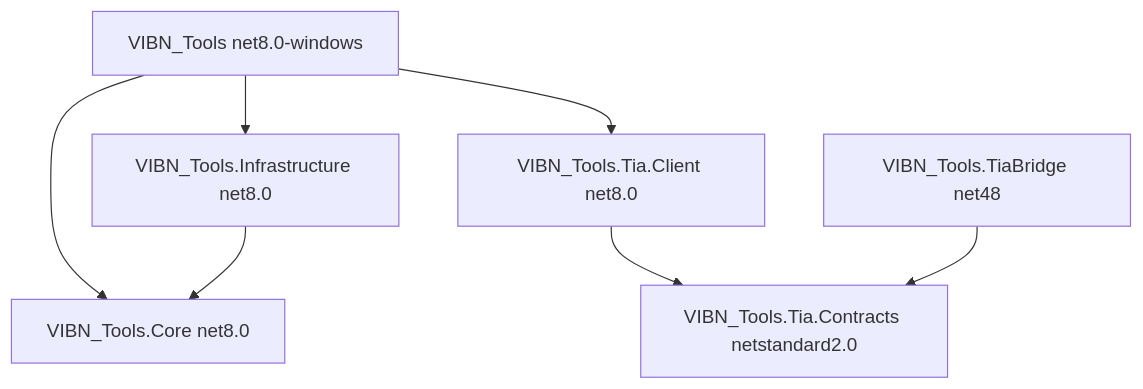
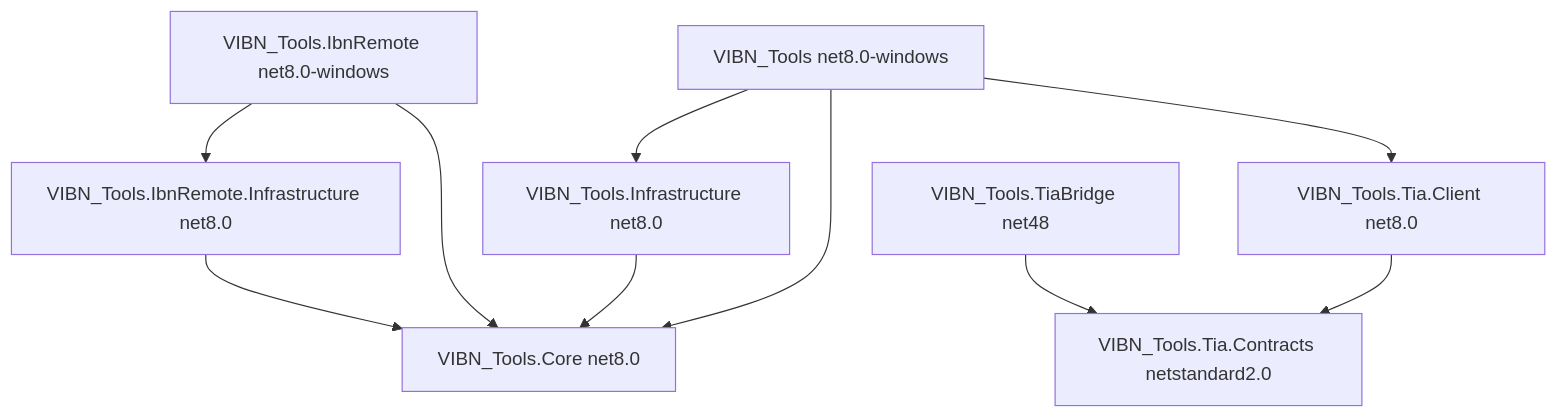
One commit to Marbest4/VIBN_Tools_App changed the second of 6 diagrams in docs/ARCHITECTURE_DIAGRAMS.md. Above: the diagram before and after it, drawn with Mermaid. The commit also changed other lines of this file and 48 other files, not shown here.

Commit message:
add selective Container2FEE workflow and IBN remote app

````diff
--- a/docs/ARCHITECTURE_DIAGRAMS.md
+++ b/docs/ARCHITECTURE_DIAGRAMS.md
@@ -21,9 +25,12 @@
 ```mermaid
 flowchart TD
     APP[VIBN_Tools net8.0-windows] --> CORE[VIBN_Tools.Core net8.0]
     APP --> INFRA[VIBN_Tools.Infrastructure net8.0]
     APP --> CLIENT[VIBN_Tools.Tia.Client net8.0]
     INFRA --> CORE
     CLIENT --> CONTRACTS[VIBN_Tools.Tia.Contracts netstandard2.0]
     BRIDGE[VIBN_Tools.TiaBridge net48] --> CONTRACTS
+    IBNAPP[VIBN_Tools.IbnRemote net8.0-windows] --> CORE
+    IBNAPP --> IBNINFRA[VIBN_Tools.IbnRemote.Infrastructure net8.0]
+    IBNINFRA --> CORE
 ```
````
